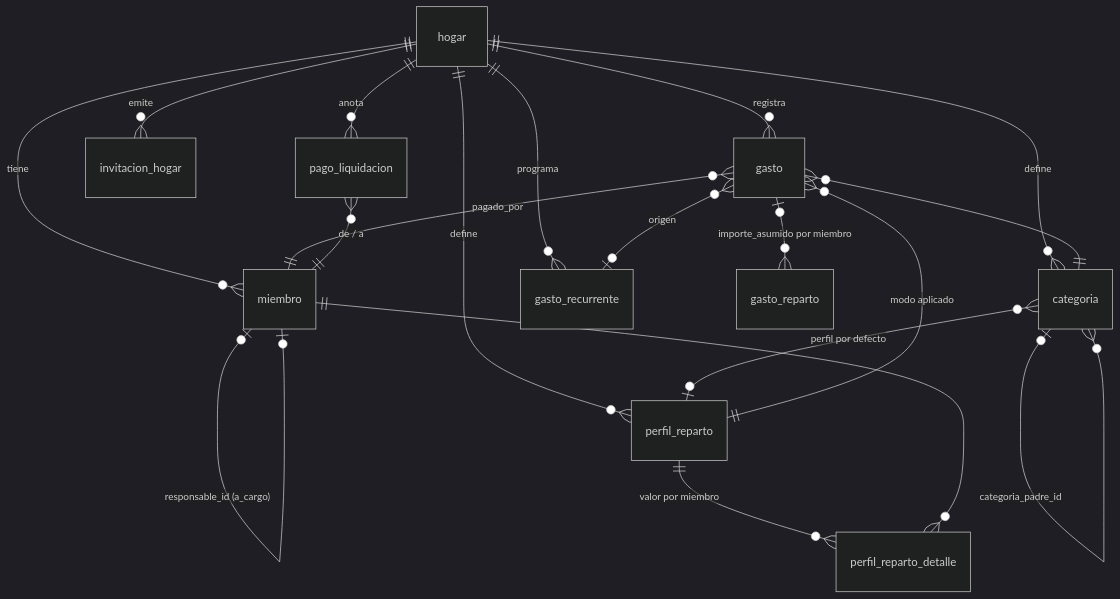
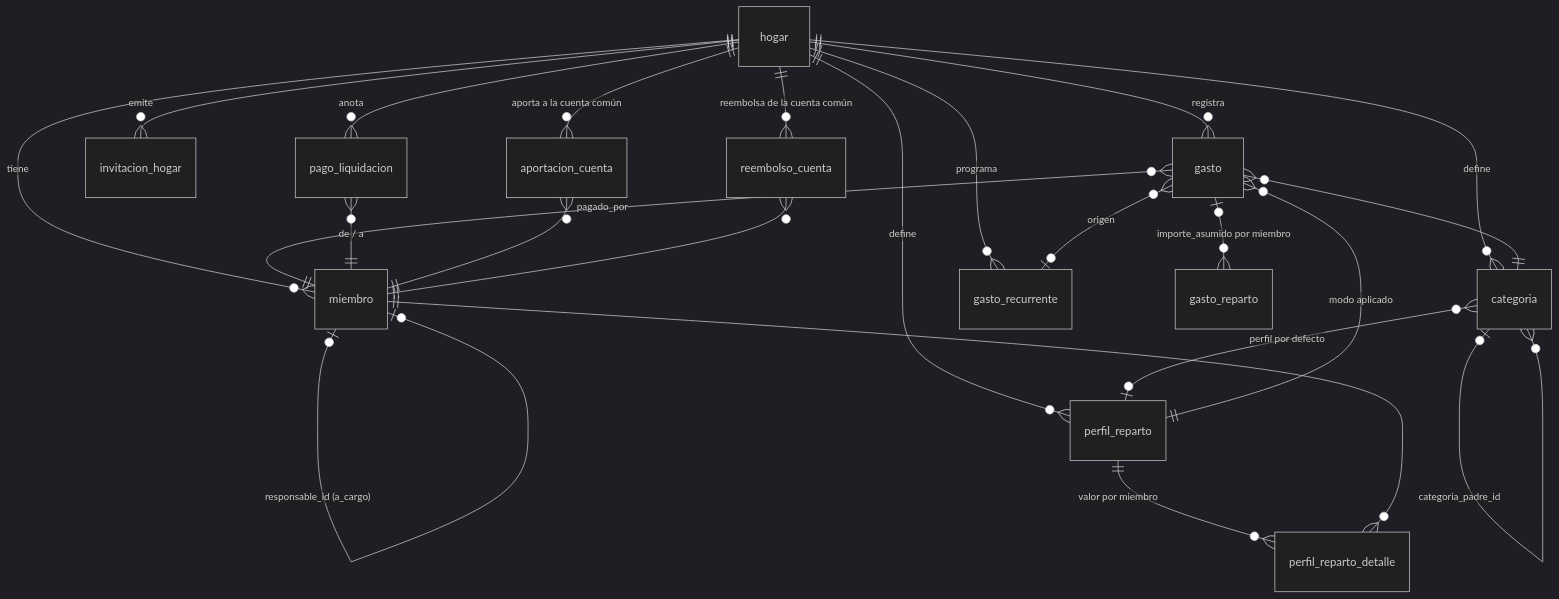
Before and after one commit to mallenera/miparte: the diagram in docs/modelo-de-datos.md, drawn with Mermaid (dark theme). The commit also changed other lines of this file and 15 other files, not shown here.

First line of the commit message:
Cuenta común: aportaciones, saldo, reembolsos y gasto pagado por la cuenta (back)

````diff
--- a/docs/modelo-de-datos.md
+++ b/docs/modelo-de-datos.md
@@ -5,21 +5,25 @@
 ```mermaid
 erDiagram
     hogar ||--o{ miembro : tiene
     hogar ||--o{ perfil_reparto : define
     hogar ||--o{ categoria : define
     hogar ||--o{ gasto : registra
     hogar ||--o{ gasto_recurrente : programa
     hogar ||--o{ invitacion_hogar : emite
     hogar ||--o{ pago_liquidacion : anota
+    hogar ||--o{ aportacion_cuenta : "aporta a la cuenta común"
+    hogar ||--o{ reembolso_cuenta : "reembolsa de la cuenta común"
     miembro |o--o| miembro : "responsable_id (a_cargo)"
     perfil_reparto ||--o{ perfil_reparto_detalle : "valor por miembro"
     miembro ||--o{ perfil_reparto_detalle : ""
     categoria |o--o{ categoria : "categoria_padre_id"
     categoria }o--o| perfil_reparto : "perfil por defecto"
     gasto }o--|| categoria : ""
     gasto }o--|| miembro : "pagado_por"
     gasto }o--|| perfil_reparto : "modo aplicado"
     gasto |o--o{ gasto_reparto : "importe_asumido por miembro"
     gasto }o--o| gasto_recurrente : "origen"
     pago_liquidacion }o--|| miembro : "de / a"
+    aportacion_cuenta }o--|| miembro : ""
+    reembolso_cuenta }o--|| miembro : ""
 ```
````
